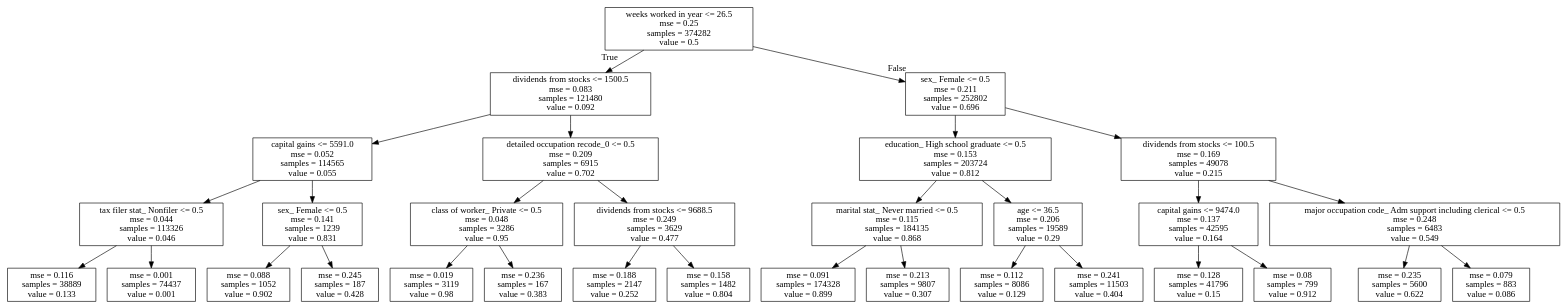
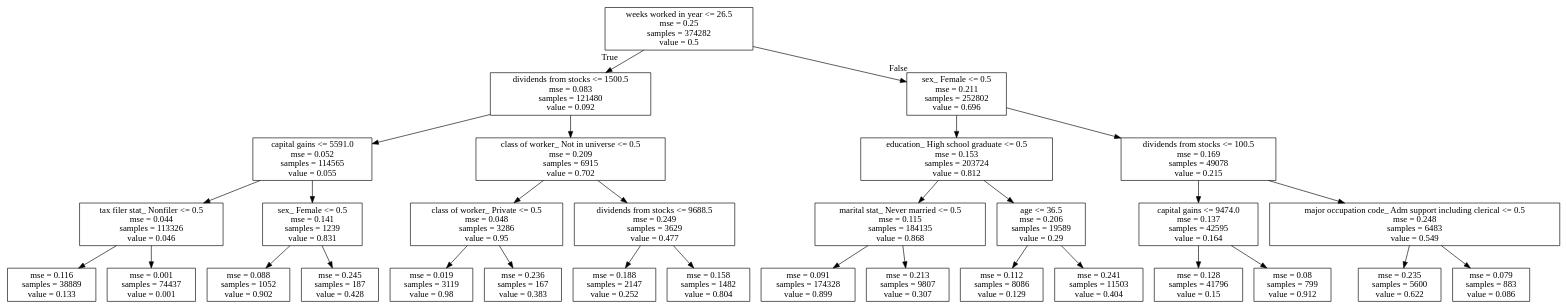
One commit to amitspudkey/DataIku_Project changed the diagram in data_out/Model_2_tree.dot. Above: the diagram before and after it, drawn with Graphviz. The commit also changed 3 other files, not shown here.

```diff
--- a/data_out/Model_2_tree.dot
+++ b/data_out/Model_2_tree.dot
@@ -1,64 +1,64 @@
 digraph Tree {
 node [shape=box] ;
 0 [label="weeks worked in year <= 26.5\nmse = 0.25\nsamples = 374282\nvalue = 0.5"] ;
 1 [label="dividends from stocks <= 1500.5\nmse = 0.083\nsamples = 121480\nvalue = 0.092"] ;
 0 -> 1 [labeldistance=2.5, labelangle=45, headlabel="True"] ;
 2 [label="capital gains <= 5591.0\nmse = 0.052\nsamples = 114565\nvalue = 0.055"] ;
 1 -> 2 ;
 3 [label="tax filer stat_ Nonfiler <= 0.5\nmse = 0.044\nsamples = 113326\nvalue = 0.046"] ;
 2 -> 3 ;
 4 [label="mse = 0.116\nsamples = 38889\nvalue = 0.133"] ;
 3 -> 4 ;
 5 [label="mse = 0.001\nsamples = 74437\nvalue = 0.001"] ;
 3 -> 5 ;
 6 [label="sex_ Female <= 0.5\nmse = 0.141\nsamples = 1239\nvalue = 0.831"] ;
 2 -> 6 ;
 7 [label="mse = 0.088\nsamples = 1052\nvalue = 0.902"] ;
 6 -> 7 ;
 8 [label="mse = 0.245\nsamples = 187\nvalue = 0.428"] ;
 6 -> 8 ;
-9 [label="detailed occupation recode_0 <= 0.5\nmse = 0.209\nsamples = 6915\nvalue = 0.702"] ;
+9 [label="class of worker_ Not in universe <= 0.5\nmse = 0.209\nsamples = 6915\nvalue = 0.702"] ;
 1 -> 9 ;
 10 [label="class of worker_ Private <= 0.5\nmse = 0.048\nsamples = 3286\nvalue = 0.95"] ;
 9 -> 10 ;
 11 [label="mse = 0.019\nsamples = 3119\nvalue = 0.98"] ;
 10 -> 11 ;
 12 [label="mse = 0.236\nsamples = 167\nvalue = 0.383"] ;
 10 -> 12 ;
 13 [label="dividends from stocks <= 9688.5\nmse = 0.249\nsamples = 3629\nvalue = 0.477"] ;
 9 -> 13 ;
 14 [label="mse = 0.188\nsamples = 2147\nvalue = 0.252"] ;
 13 -> 14 ;
 15 [label="mse = 0.158\nsamples = 1482\nvalue = 0.804"] ;
 13 -> 15 ;
 16 [label="sex_ Female <= 0.5\nmse = 0.211\nsamples = 252802\nvalue = 0.696"] ;
 0 -> 16 [labeldistance=2.5, labelangle=-45, headlabel="False"] ;
 17 [label="education_ High school graduate <= 0.5\nmse = 0.153\nsamples = 203724\nvalue = 0.812"] ;
 16 -> 17 ;
 18 [label="marital stat_ Never married <= 0.5\nmse = 0.115\nsamples = 184135\nvalue = 0.868"] ;
 17 -> 18 ;
 19 [label="mse = 0.091\nsamples = 174328\nvalue = 0.899"] ;
 18 -> 19 ;
 20 [label="mse = 0.213\nsamples = 9807\nvalue = 0.307"] ;
 18 -> 20 ;
 21 [label="age <= 36.5\nmse = 0.206\nsamples = 19589\nvalue = 0.29"] ;
 17 -> 21 ;
 22 [label="mse = 0.112\nsamples = 8086\nvalue = 0.129"] ;
 21 -> 22 ;
 23 [label="mse = 0.241\nsamples = 11503\nvalue = 0.404"] ;
 21 -> 23 ;
 24 [label="dividends from stocks <= 100.5\nmse = 0.169\nsamples = 49078\nvalue = 0.215"] ;
 16 -> 24 ;
 25 [label="capital gains <= 9474.0\nmse = 0.137\nsamples = 42595\nvalue = 0.164"] ;
 24 -> 25 ;
 26 [label="mse = 0.128\nsamples = 41796\nvalue = 0.15"] ;
 25 -> 26 ;
 27 [label="mse = 0.08\nsamples = 799\nvalue = 0.912"] ;
 25 -> 27 ;
 28 [label="major occupation code_ Adm support including clerical <= 0.5\nmse = 0.248\nsamples = 6483\nvalue = 0.549"] ;
 24 -> 28 ;
 29 [label="mse = 0.235\nsamples = 5600\nvalue = 0.622"] ;
 28 -> 29 ;
 30 [label="mse = 0.079\nsamples = 883\nvalue = 0.086"] ;
 28 -> 30 ;
 }
```
